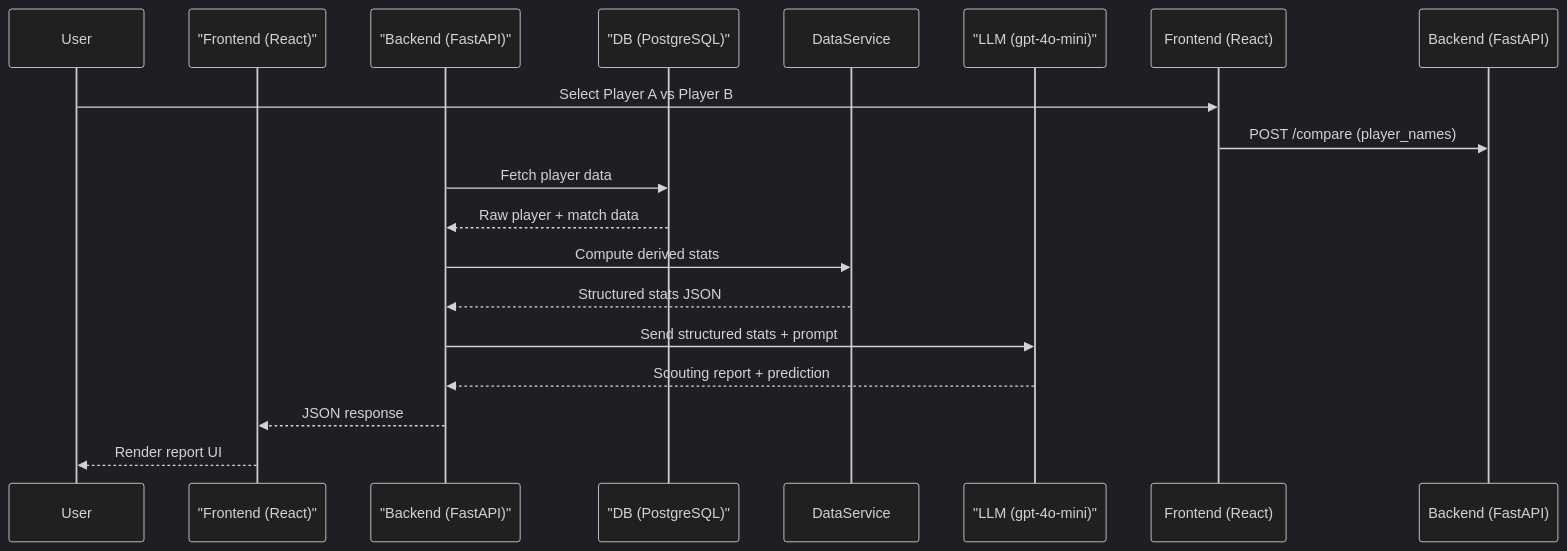
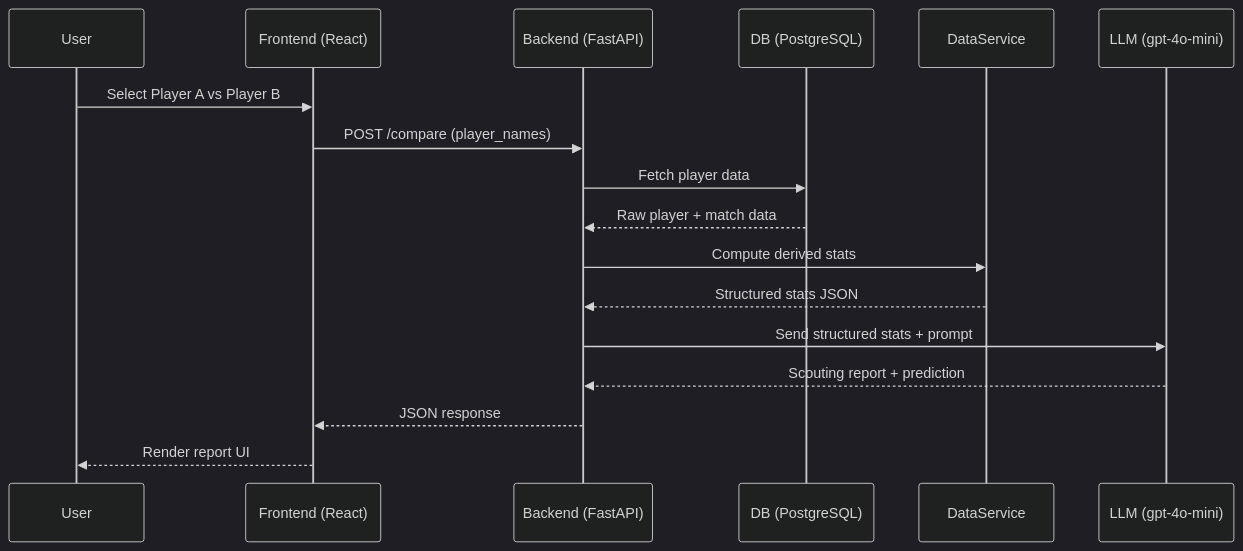
Before and after one commit to linbeau0822/tennis-scout-agent: the diagram in sequence/sequence_diagram.md, drawn with Mermaid (dark theme). The commit also changed 3 other files, not shown here.

Commit message:
Cleaned up sequence diagram, updated readme with new diagram

````diff
--- a/sequence/sequence_diagram.md
+++ b/sequence/sequence_diagram.md
@@ -1,24 +1,24 @@
 ```mermaid
 sequenceDiagram
     participant User
-    participant FE as "Frontend (React)"
-    participant BE as "Backend (FastAPI)"
-    participant DBPG as "DB (PostgreSQL)"
+    participant FE as Frontend (React)
+    participant BE as Backend (FastAPI)
+    participant DBPG as DB (PostgreSQL)
     participant DataService
-    participant LLM as "LLM (gpt-4o-mini)"
+    participant LLM as LLM (gpt-4o-mini)
 
-    User->>Frontend (React): Select Player A vs Player B
-    Frontend (React)->>Backend (FastAPI): POST /compare (player_names)
+    User->>FE: Select Player A vs Player B
+    FE->>BE: POST /compare (player_names)
 
     BE->>DBPG: Fetch player data
     DBPG-->>BE: Raw player + match data
 
     BE->>DataService: Compute derived stats
     DataService-->>BE: Structured stats JSON
 
     BE->>LLM: Send structured stats + prompt
     LLM-->>BE: Scouting report + prediction
 
     BE-->>FE: JSON response
     FE-->>User: Render report UI
 ```
````
